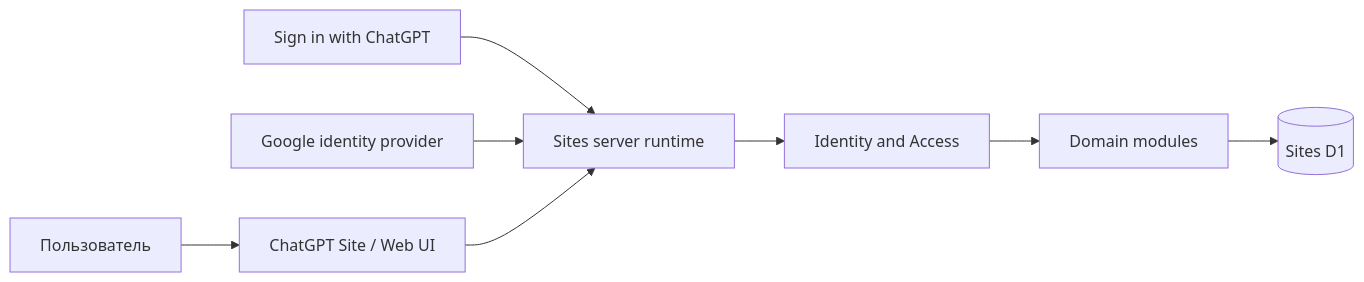
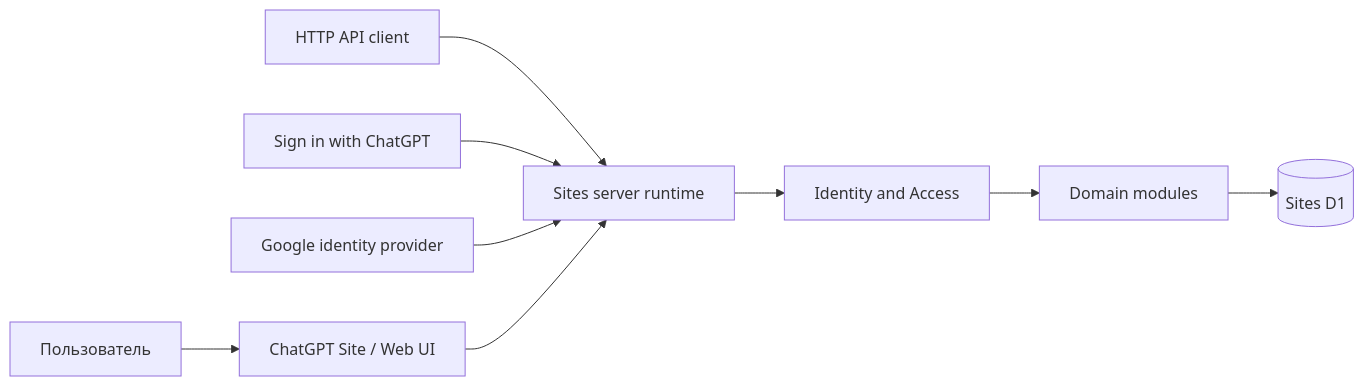
The diagram in docs/architecture.md (xxsrez/TaskManager), drawn with Mermaid before and after one commit. The commit also changed other lines of this file and 32 other files, not shown here.

````diff
--- a/docs/architecture.md
+++ b/docs/architecture.md
@@ -28,10 +30,11 @@
 ```mermaid
 flowchart LR
     U[Пользователь] --> SITE[ChatGPT Site / Web UI]
+    AG[HTTP API client] --> RT
     CG[Sign in with ChatGPT] --> RT[Sites server runtime]
     G[Google identity provider] --> RT
     SITE --> RT
     RT --> IA[Identity and Access]
     IA --> D[Domain modules]
     D --> DB[(Sites D1)]
 ```
````
